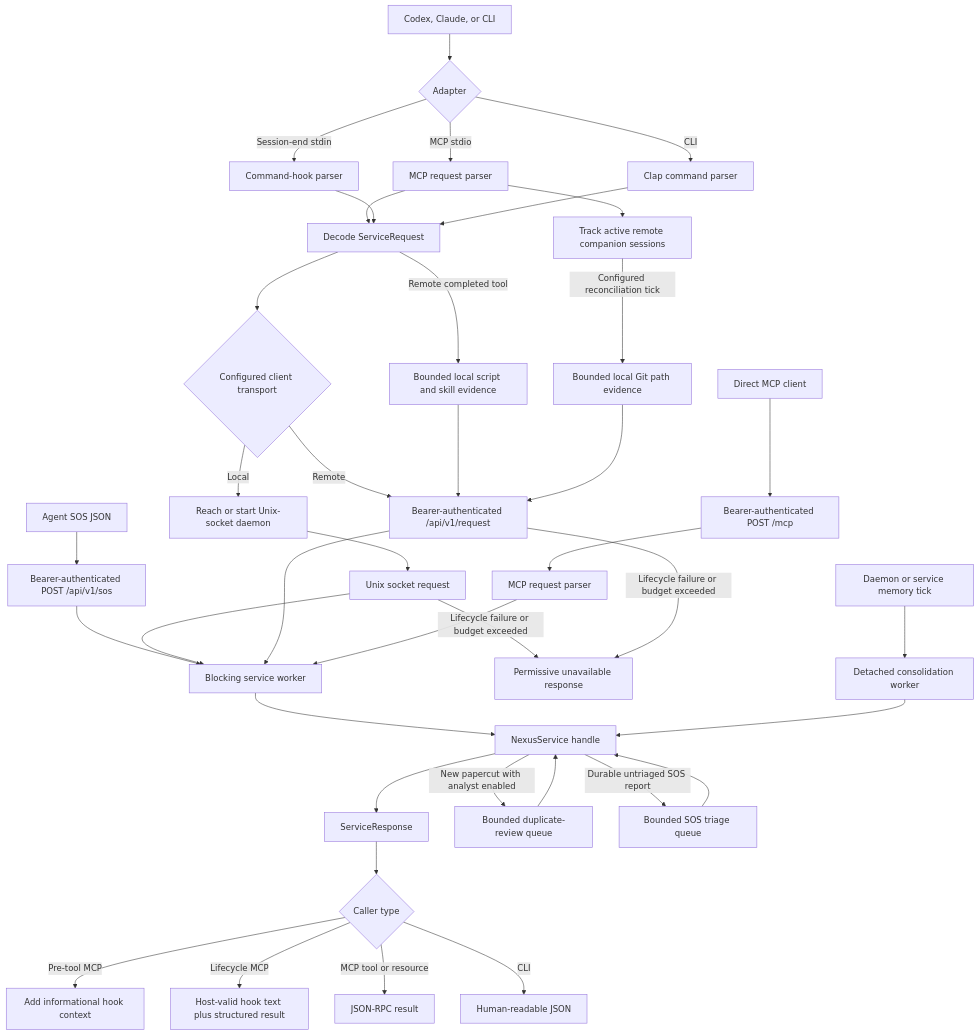
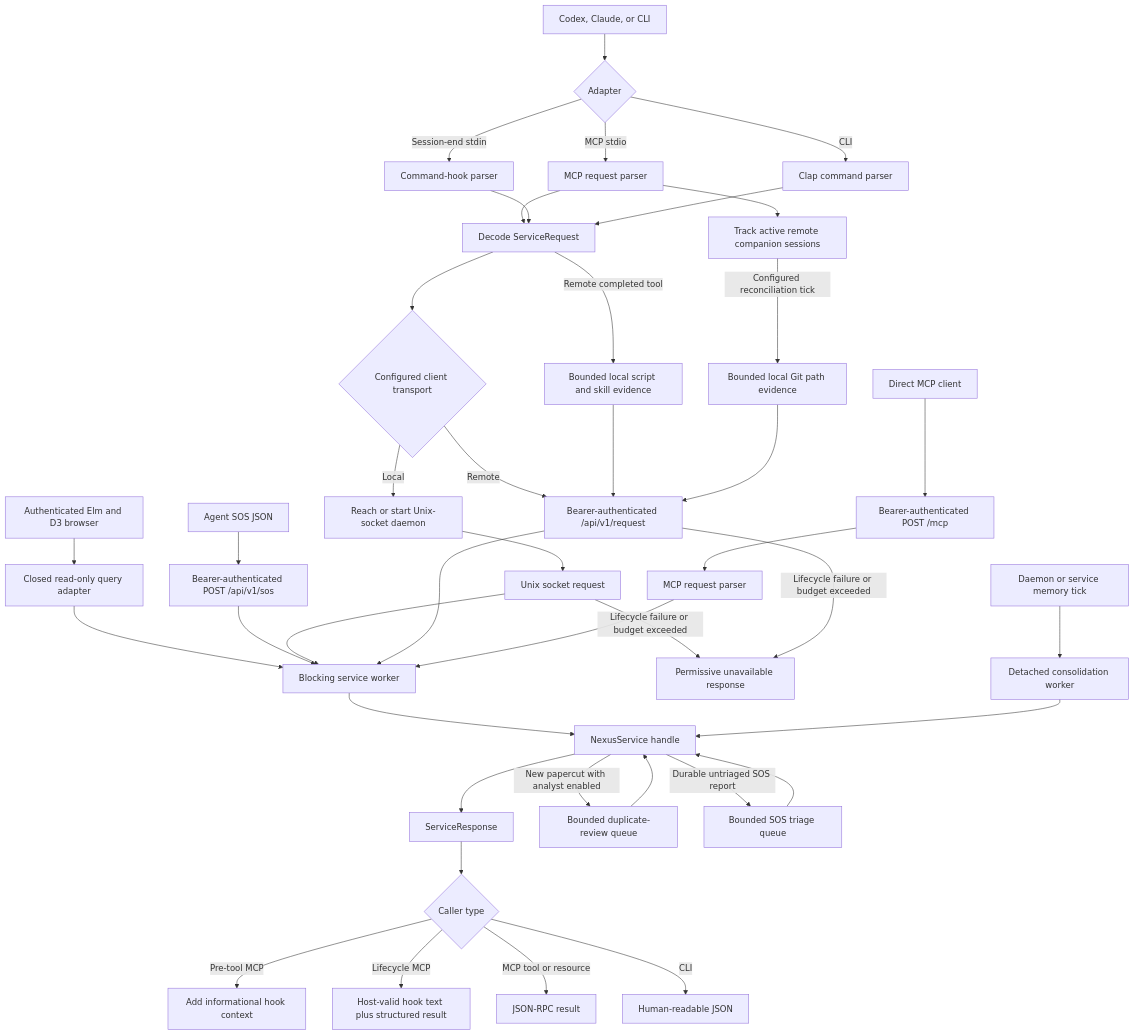
One commit to warrenronsiek/nexus changed the diagram in docs/features/runtime.md. Above: the diagram before and after it, drawn with Mermaid. The commit also changed other lines of this file and 218 other files, not shown here.

Commit message:
Replace terminal dashboard with authenticated Elm and D3 web UI

````diff
--- a/docs/features/runtime.md
+++ b/docs/features/runtime.md
@@ -17,41 +17,43 @@
 ```mermaid
 flowchart TD
+    WB[Authenticated Elm and D3 browser] --> WR[Closed read-only query adapter]
+    WR --> R
     A[Codex, Claude, or CLI] --> B{Adapter}
     B -->|MCP stdio| C[MCP request parser]
     B -->|Session-end stdin| P[Command-hook parser]
     B -->|CLI| D[Clap command parser]
     C --> E[Decode ServiceRequest]
     P --> E
     D --> E
     C --> AS[Track active remote companion sessions]
     E --> F{Configured client transport}
     F -->|Local| G[Reach or start Unix-socket daemon]
     G --> H[Unix socket request]
     F -->|Remote| RH[Bearer-authenticated /api/v1/request]
     E -->|Remote completed tool| CE[Bounded local script and skill evidence]
     AS -->|Configured reconciliation tick| GE[Bounded local Git path evidence]
     CE --> RH
     GE --> RH
     X[Direct MCP client] --> Y[Bearer-authenticated POST /mcp]
     Y --> Z[MCP request parser]
     SX[Agent SOS JSON] --> SY[Bearer-authenticated POST /api/v1/sos]
     SY --> R
     H --> R[Blocking service worker]
     RH --> R
     Z --> R
     R --> SVC[NexusService handle]
     SVC --> J[ServiceResponse]
     J --> K{Caller type}
     K -->|Pre-tool MCP| L[Add informational hook context]
     K -->|Lifecycle MCP| M[Host-valid hook text plus structured result]
     K -->|MCP tool or resource| N[JSON-RPC result]
     K -->|CLI| O[Human-readable JSON]
     H -->|Lifecycle failure or budget exceeded| Q[Permissive unavailable response]
     RH -->|Lifecycle failure or budget exceeded| Q
     T[Daemon or service memory tick] --> U[Detached consolidation worker]
     U --> SVC
     SVC -->|New papercut with analyst enabled| V[Bounded duplicate-review queue]
     V --> SVC
     SVC -->|Durable untriaged SOS report| W[Bounded SOS triage queue]
     W --> SVC
 ```
````
